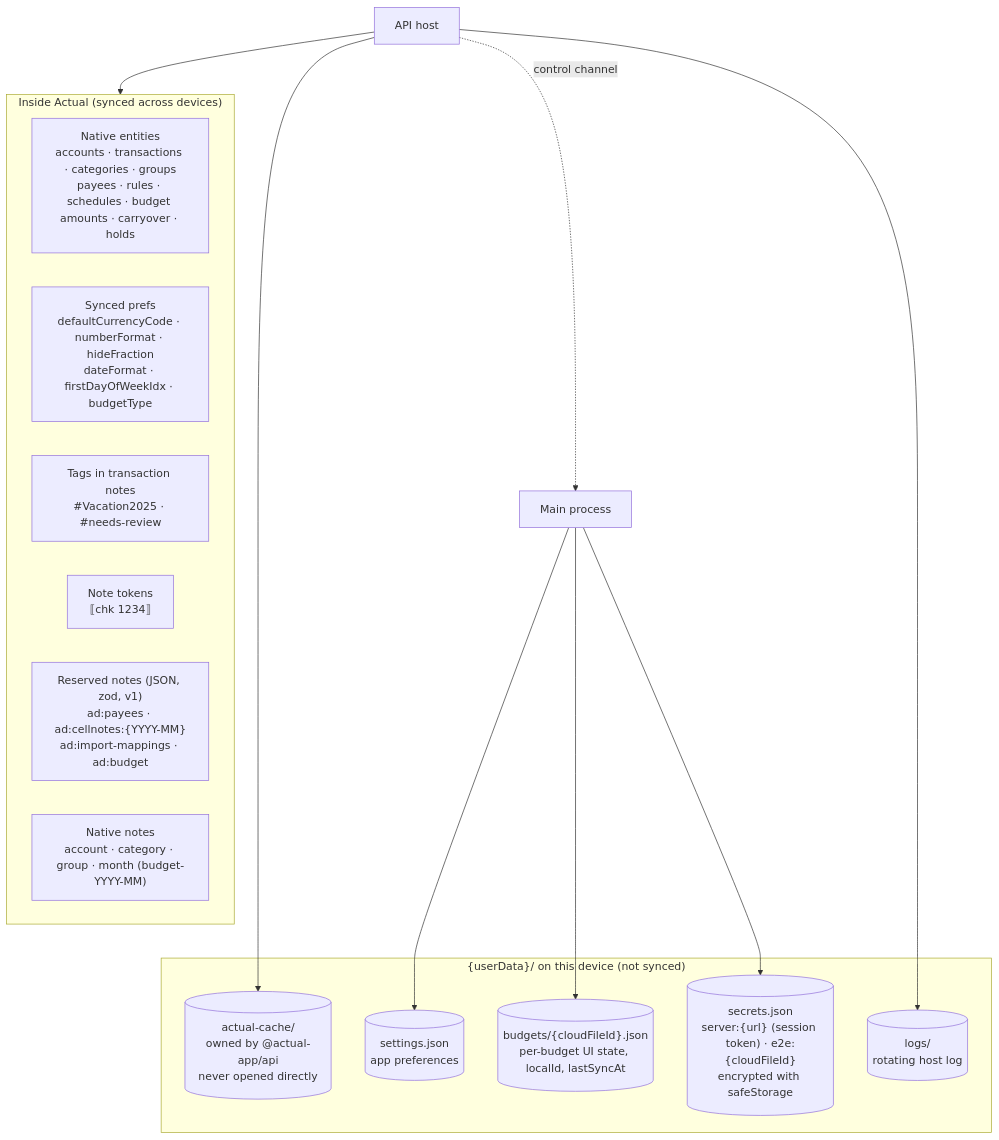
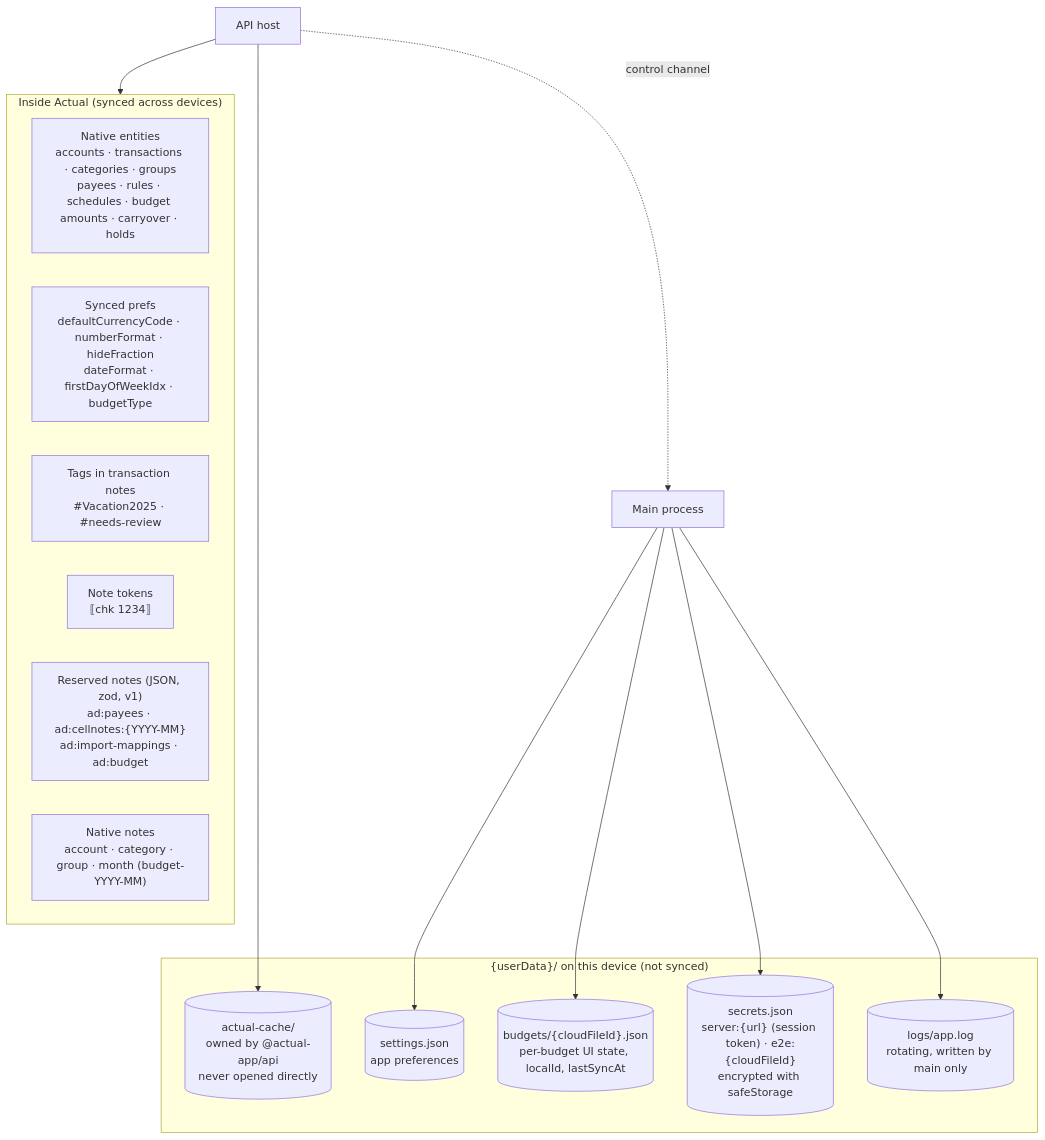
The seventh of 12 diagrams in docs/architecture.md (thomasjbarrett82/actuality), drawn with Mermaid before and after one commit. The commit also changed other lines of this file and 31 other files, not shown here.

````diff
--- a/docs/architecture.md
+++ b/docs/architecture.md
@@ -319,27 +319,27 @@
 ```mermaid
 flowchart TB
     subgraph actual["Inside Actual (synced across devices)"]
         core["Native entities<br/>accounts · transactions · categories · groups<br/>payees · rules · schedules · budget amounts · carryover · holds"]
         prefs["Synced prefs<br/>defaultCurrencyCode · numberFormat · hideFraction<br/>dateFormat · firstDayOfWeekIdx · budgetType"]
         tags["Tags in transaction notes<br/>#Vacation2025 · #needs-review"]
         tok["Note tokens<br/>⟦chk 1234⟧"]
         rnotes["Reserved notes (JSON, zod, v1)<br/>ad:payees · ad:cellnotes:{YYYY-MM}<br/>ad:import-mappings · ad:budget"]
         nnotes["Native notes<br/>account · category · group · month (budget-YYYY-MM)"]
     end
 
     subgraph local["{userData}/ on this device (not synced)"]
         c[("actual-cache/<br/>owned by @actual-app/api<br/>never opened directly")]
         s1[("settings.json<br/>app preferences")]
         s2[("budgets/{cloudFileId}.json<br/>per-budget UI state, localId, lastSyncAt")]
         s3[("secrets.json<br/>server:{url} (session token) · e2e:{cloudFileId}<br/>encrypted with safeStorage")]
-        logs[("logs/<br/>rotating host log")]
+        logs[("logs/app.log<br/>rotating, written by main only")]
     end
 
     hostp["API host"] --> actual
     hostp --> c
-    hostp --> logs
     mainp["Main process"] --> s1
+    mainp --> logs
     mainp --> s2
     mainp --> s3
     hostp -. "control channel" .-> mainp
 ```
````
